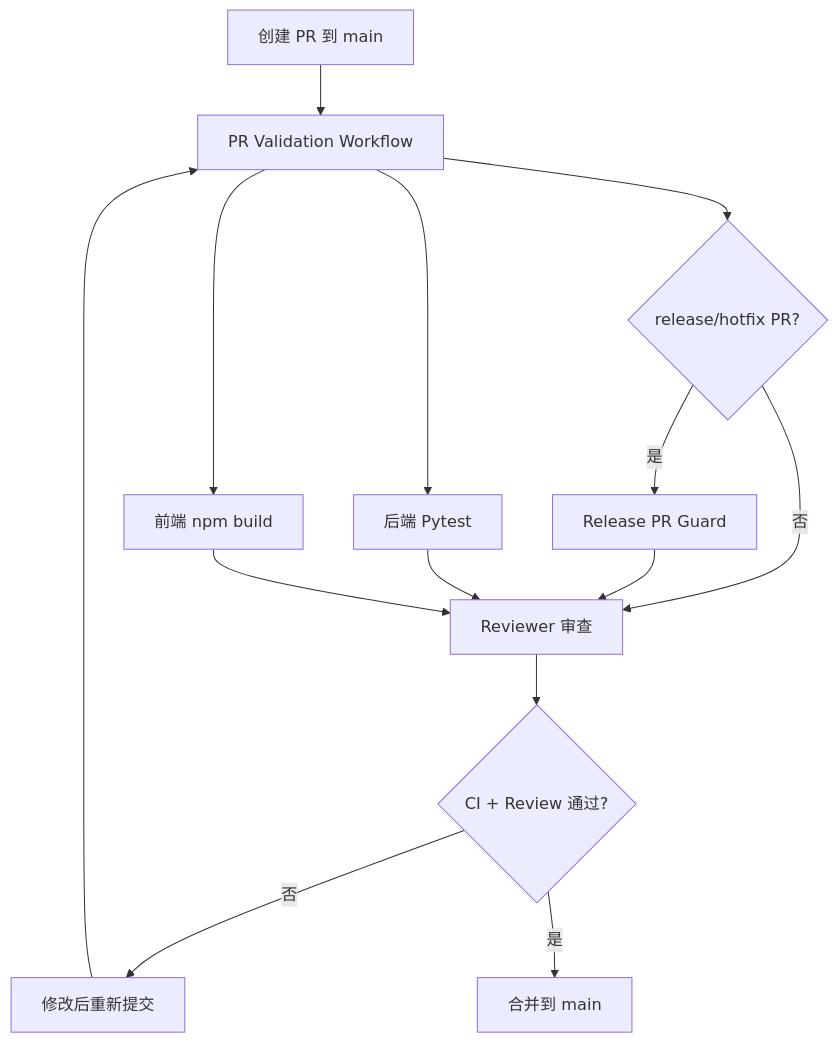
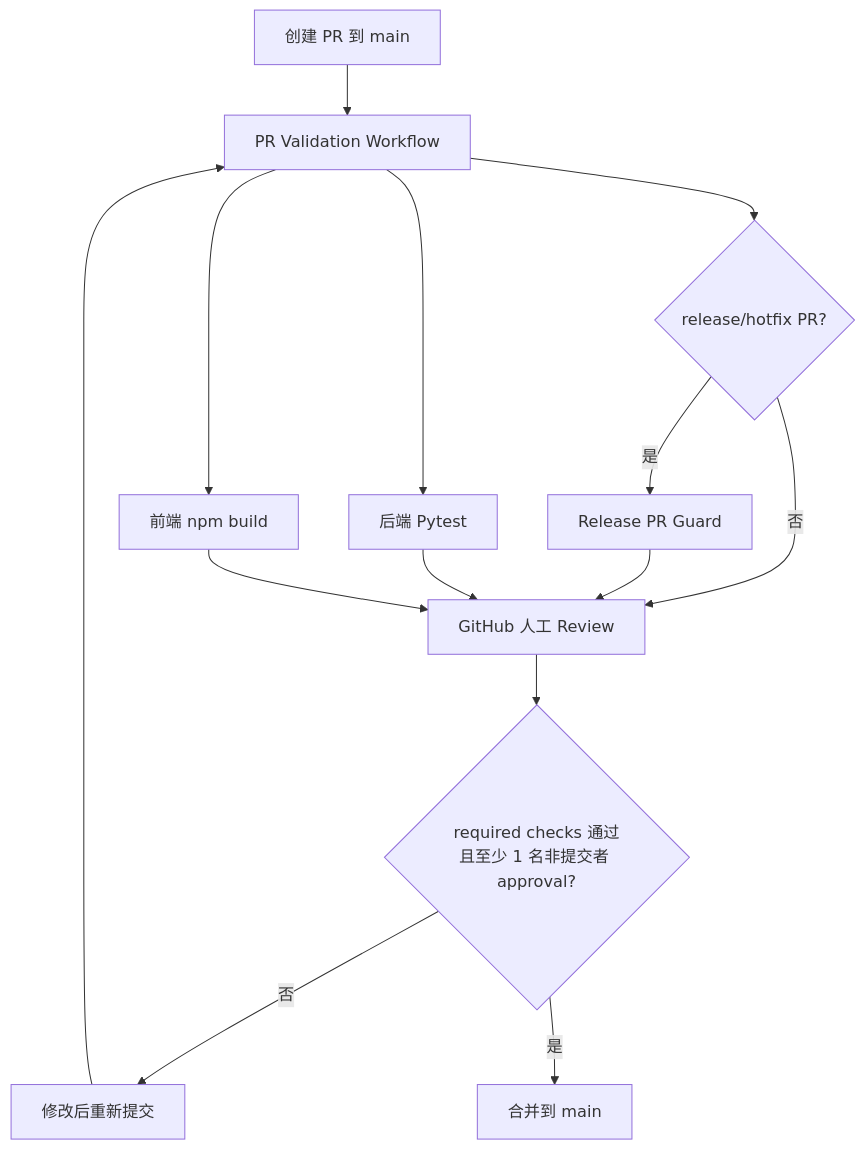
Before and after one commit to JumpStarGroup/health_platform: diagram 12 of 17 in docs/PROJECT-WORKFLOW-ROLES.md, drawn with Mermaid. The commit also changed other lines of this file and 5 other files, not shown here.

First line of the commit message:
docs: clarify GitHub PR review gate

````diff
--- a/docs/PROJECT-WORKFLOW-ROLES.md
+++ b/docs/PROJECT-WORKFLOW-ROLES.md
@@ -536,16 +537,16 @@
 ```mermaid
 flowchart TD
     A[创建 PR 到 main] --> B[PR Validation Workflow]
     B --> C[后端 Pytest]
     B --> D[前端 npm build]
     B --> E{release/hotfix PR?}
     E -- 是 --> F[Release PR Guard]
-    E -- 否 --> G[Reviewer 审查]
+    E -- 否 --> G[GitHub 人工 Review]
     F --> G
     C --> G
     D --> G
-    G --> H{CI + Review 通过?}
+    G --> H{required checks 通过<br/>且至少 1 名非提交者 approval?}
     H -- 否 --> I[修改后重新提交]
     I --> B
     H -- 是 --> J[合并到 main]
 ```
````
